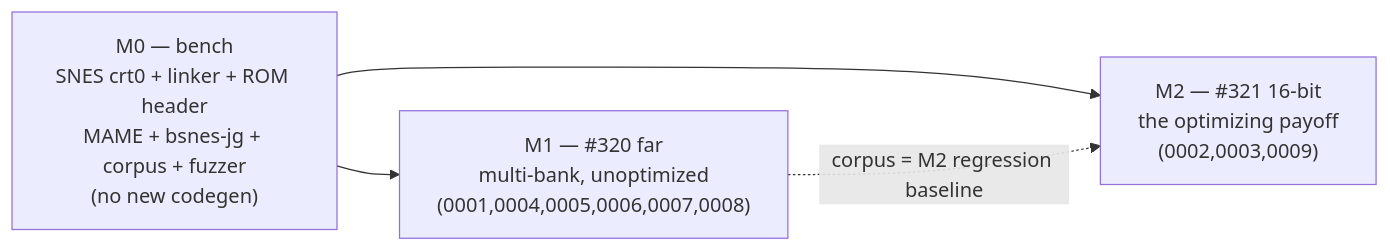
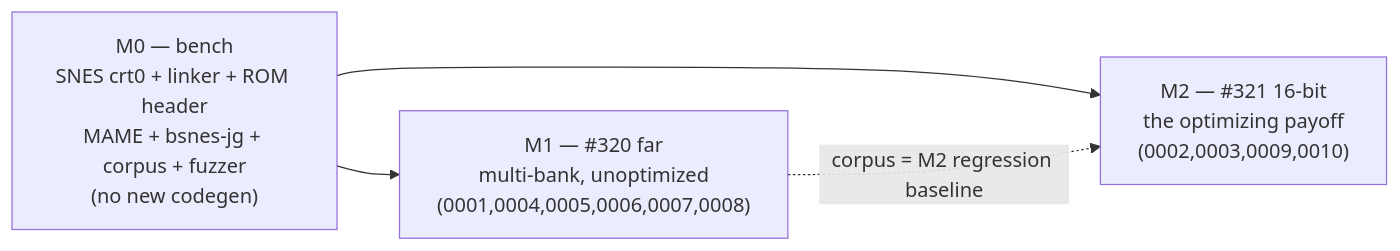
Before and after one commit to wbniv/llvm-mos-65816: the second of 5 diagrams in docs/65816-patch-series-review-guide.md, drawn with Mermaid. The commit also changed other lines of this file, not shown here.

````diff
--- a/docs/65816-patch-series-review-guide.md
+++ b/docs/65816-patch-series-review-guide.md
@@ -207,9 +216,9 @@
 ```mermaid
 flowchart LR
     M0["M0 — bench<br/>SNES crt0 + linker + ROM header<br/>MAME + bsnes-jg + corpus + fuzzer<br/>(no new codegen)"]
     M1["M1 — #320 far<br/>multi-bank, unoptimized<br/>(0001,0004,0005,0006,0007,0008)"]
-    M2["M2 — #321 16-bit<br/>the optimizing payoff<br/>(0002,0003,0009)"]
+    M2["M2 — #321 16-bit<br/>the optimizing payoff<br/>(0002,0003,0009,0010)"]
     M0 --> M1
     M0 --> M2
     M1 -. "corpus = M2 regression baseline" .-> M2
 ```
````
